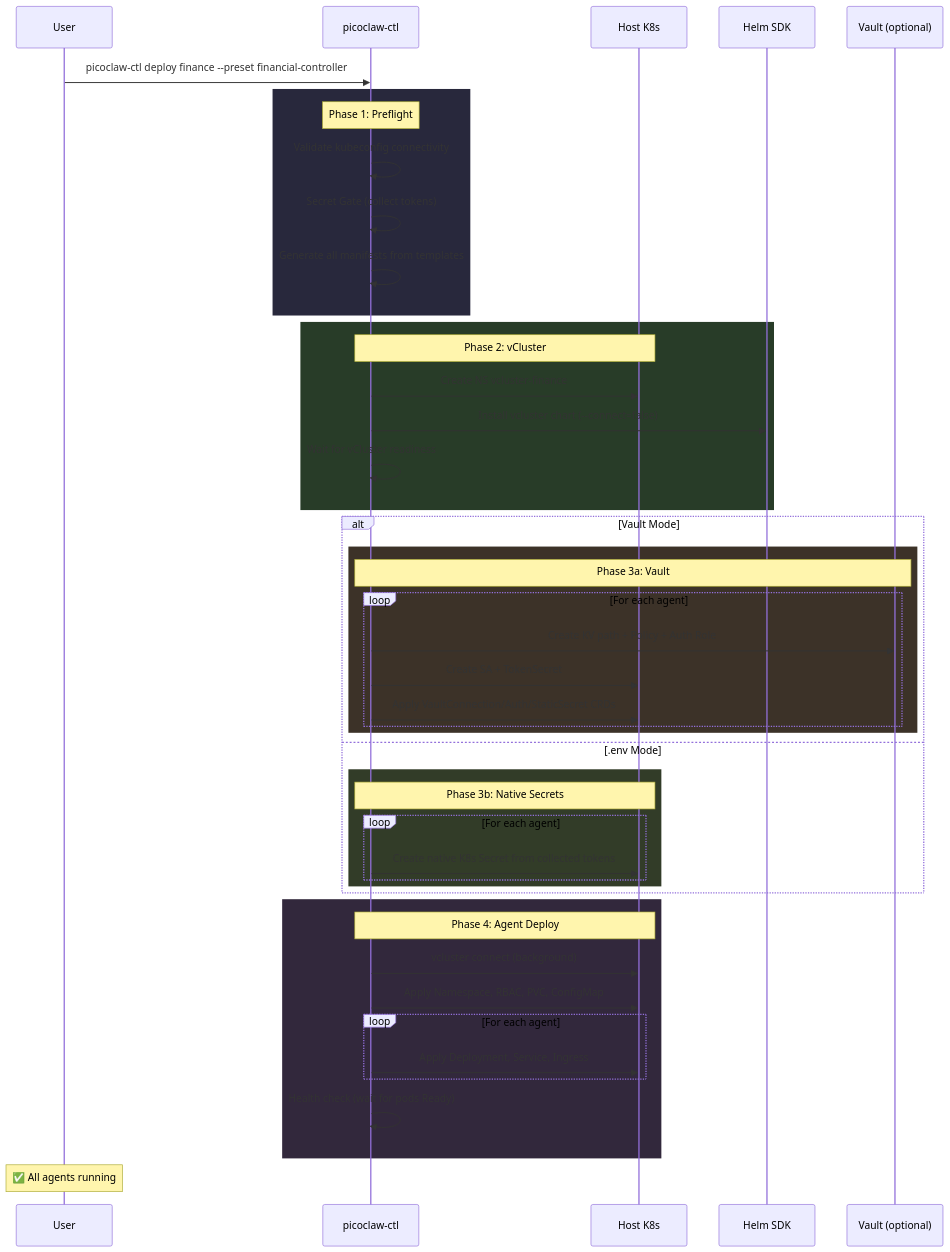
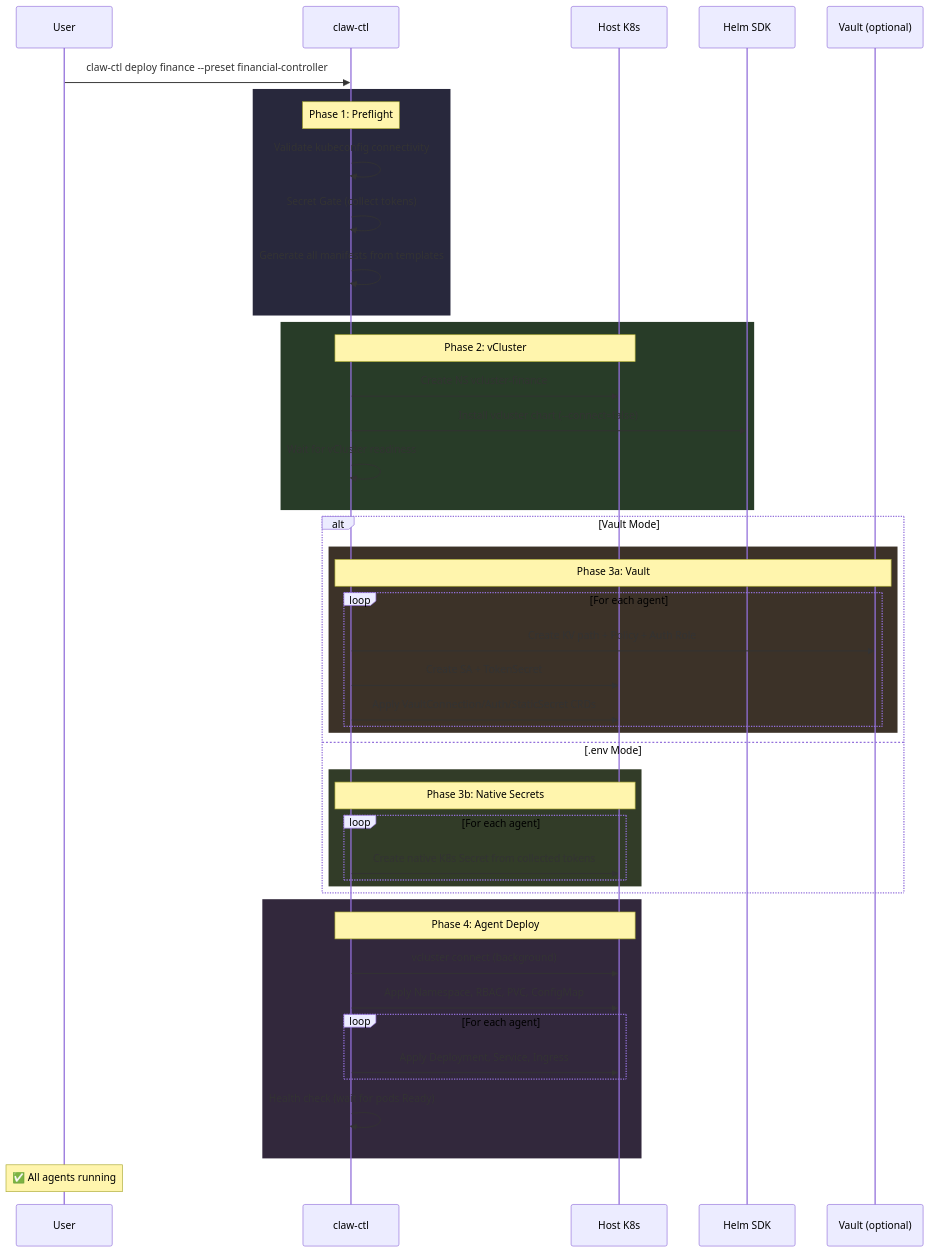
Before and after one commit to ai-agent-ship-it/claw-ctl: the fifth of 5 diagrams in docs/DESIGN.md, drawn with Mermaid. The commit also changed other lines of this file and 7 other files, not shown here.

Commit message:
refactor: rename picoclaw-ctl → claw-ctl across all files

````diff
--- a/docs/DESIGN.md
+++ b/docs/DESIGN.md
@@ -357,54 +357,54 @@
 ```mermaid
 sequenceDiagram
     participant User
-    participant CLI as picoclaw-ctl
+    participant CLI as claw-ctl
     participant K8s as Host K8s
     participant Helm as Helm SDK
     participant Vault as Vault (optional)
 
-    User->>CLI: picoclaw-ctl deploy finance --preset financial-controller
+    User->>CLI: claw-ctl deploy finance --preset financial-controller
 
     rect rgb(40, 40, 60)
     Note over CLI: Phase 1: Preflight
     CLI->>CLI: Validate kubeconfig connectivity
     CLI->>CLI: Secret Gate (collect tokens)
     CLI->>CLI: Generate all manifests from templates
     end
 
     rect rgb(40, 60, 40)
     Note over CLI,K8s: Phase 2: vCluster
     CLI->>K8s: Create NS vcluster-finance
     CLI->>Helm: Install vcluster chart (--connect=false)
     CLI->>CLI: Wait for vCluster readiness
     end
 
     alt Vault Mode
         rect rgb(60, 50, 40)
         Note over CLI,Vault: Phase 3a: Vault
         loop For each agent
             CLI->>Vault: Create KV path + Policy + Auth Role
             CLI->>K8s: Create SA + TokenSecret
             CLI->>K8s: Apply VaultConnection/Auth/StaticSecret CRDs
         end
         end
     else .env Mode
         rect rgb(50, 60, 40)
         Note over CLI,K8s: Phase 3b: Native Secrets
         loop For each agent
             CLI->>K8s: Create native K8s Secret from collected tokens
         end
         end
     end
 
     rect rgb(50, 40, 60)
     Note over CLI,K8s: Phase 4: Agent Deploy
     CLI->>K8s: vcluster connect (background)
     CLI->>K8s: Apply Namespace, RBAC, PVC, ConfigMap
     loop For each agent
         CLI->>K8s: Apply Deployment, Service, Ingress
     end
     CLI->>CLI: Health check (wait for pods Ready)
     end
 
     Note over User: ✅ All agents running
 ```
````
